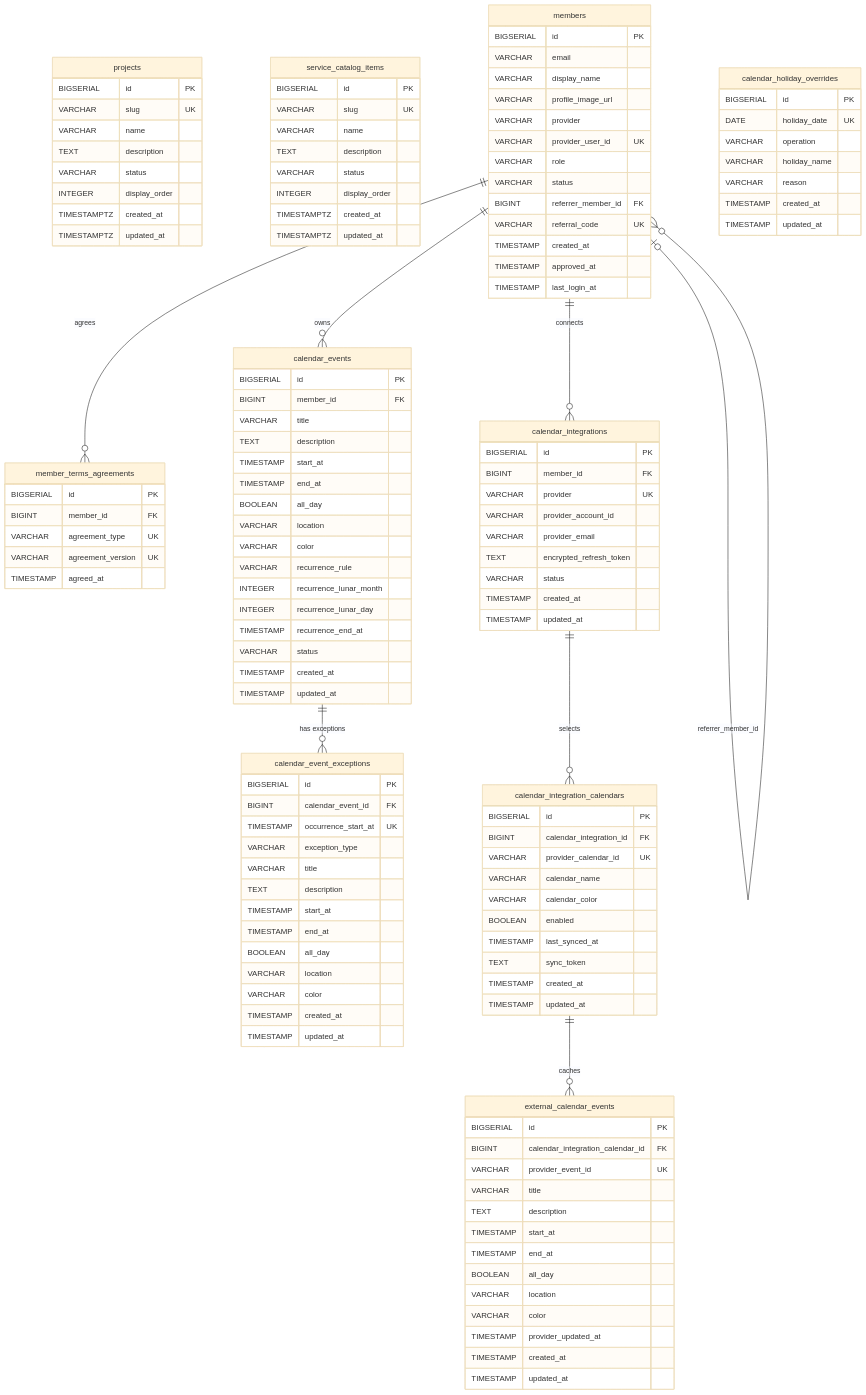
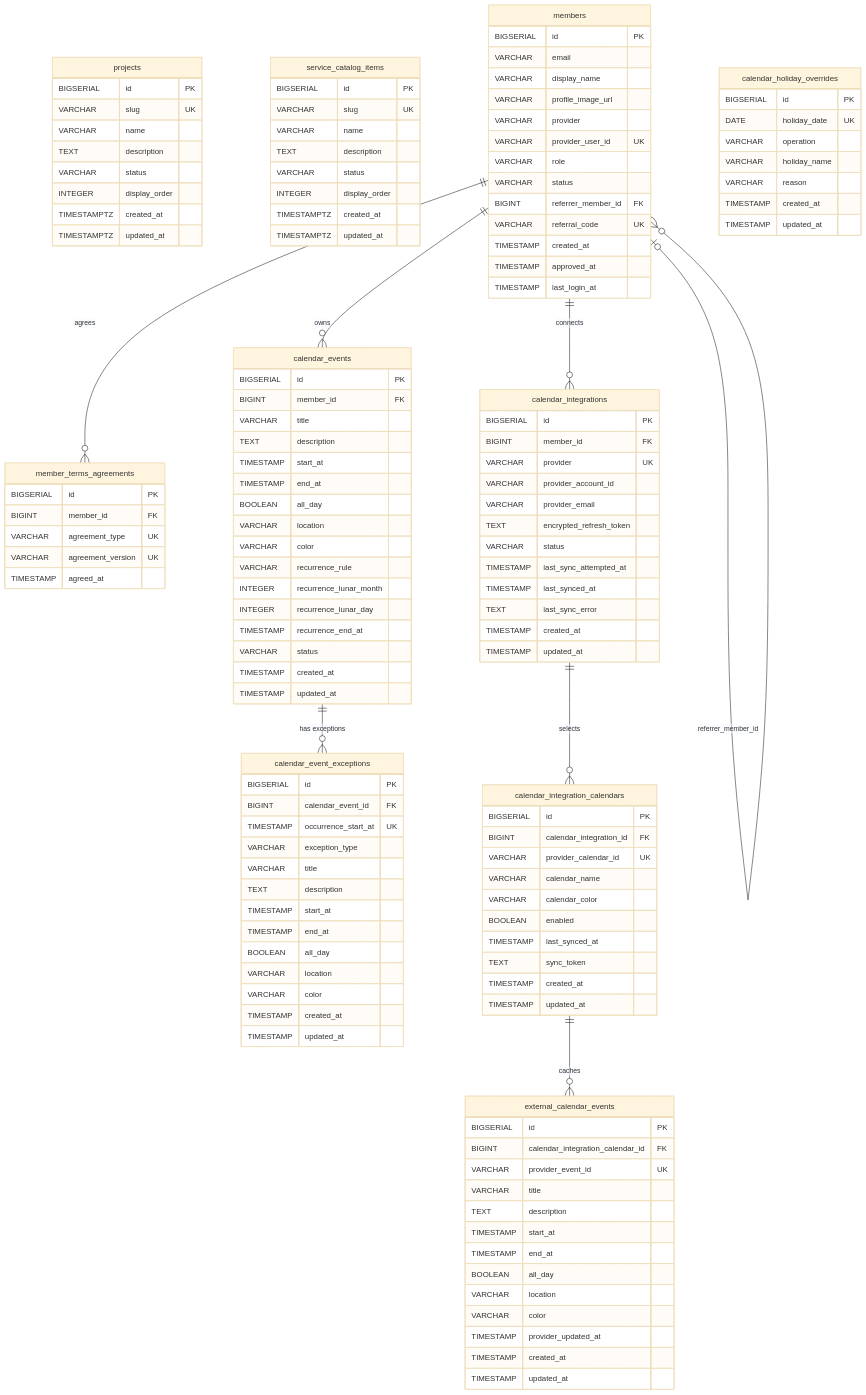
One commit to HoBaeBang/naruworks-platform changed the diagram in docs/specs/erd-relations.md. Above: the diagram before and after it, drawn with Mermaid (base theme). The commit also changed other lines of this file and 3 other files, not shown here.

```diff
--- a/docs/specs/erd-relations.md
+++ b/docs/specs/erd-relations.md
@@ -107,6 +107,9 @@
         VARCHAR provider_email
         TEXT encrypted_refresh_token
         VARCHAR status
+        TIMESTAMP last_sync_attempted_at
+        TIMESTAMP last_synced_at
+        TEXT last_sync_error
         TIMESTAMP created_at
         TIMESTAMP updated_at
     }
```
